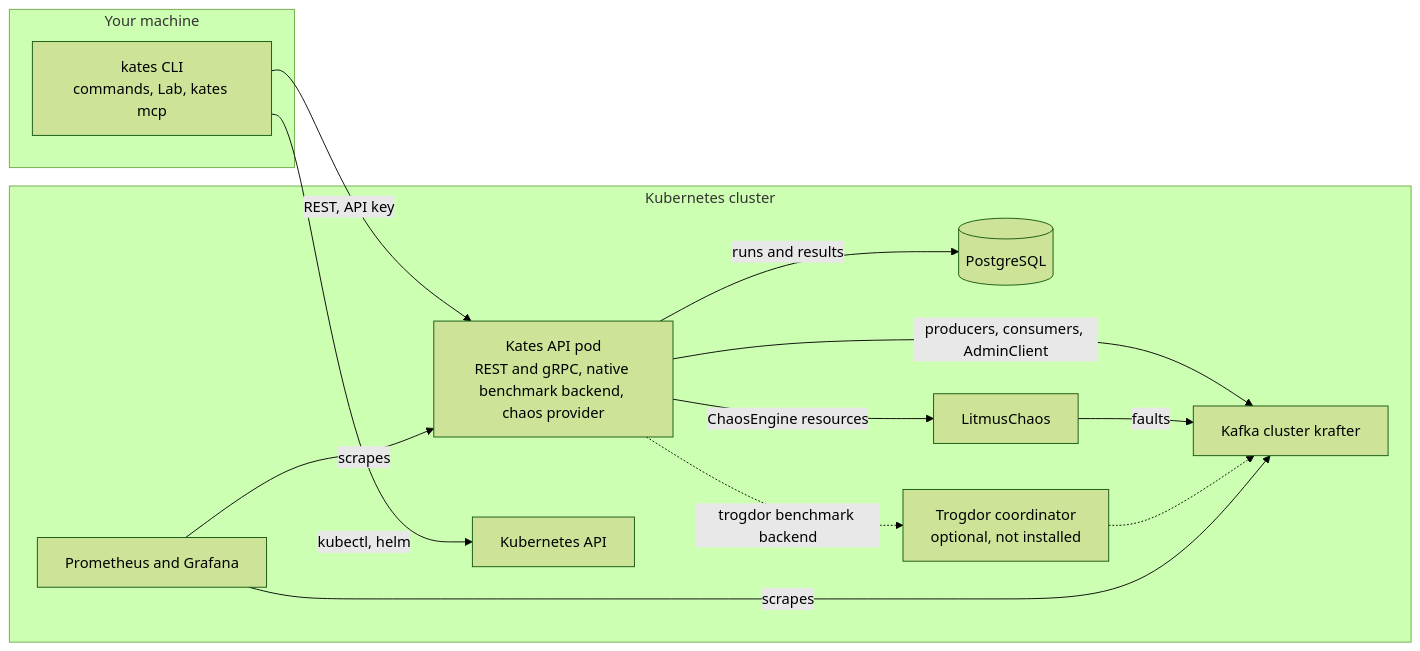
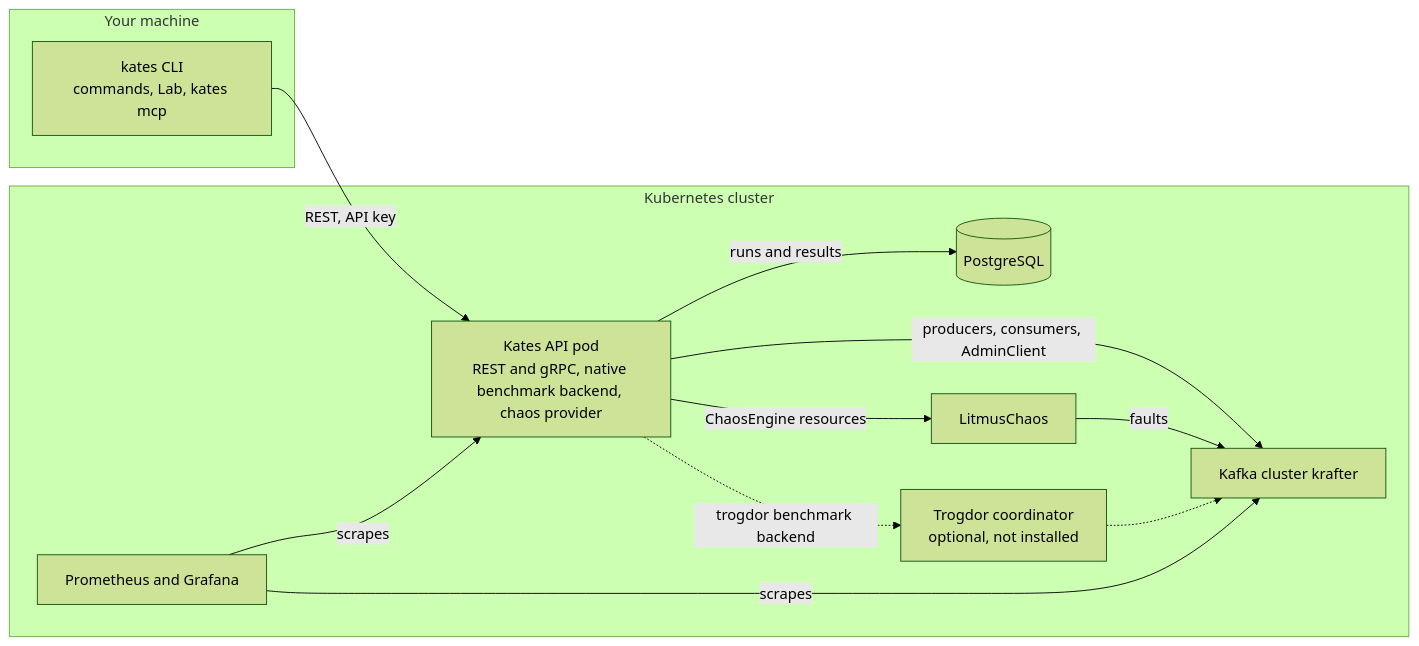
Before and after one commit to bmscomp/kates: the first of 4 diagrams in docs/book/02-architecture.md, drawn with Mermaid (forest theme). The commit also changed other lines of this file and 52 other files, not shown here.

````diff
--- a/docs/book/02-architecture.md
+++ b/docs/book/02-architecture.md
@@ -16,28 +16,26 @@
 ```mermaid
 %%| label: fig-architecture-parts
 %%| fig-cap: "The CLI on your machine drives the Kates API in the cluster, which generates load on Kafka, keeps runs in PostgreSQL and asks LitmusChaos for faults."
-%%| fig-alt: "Flowchart in two groups. On your machine, the kates CLI calls the Kates API over REST with an API key, and calls the Kubernetes API through kubectl and helm. In the cluster, the Kates API stores runs in PostgreSQL, produces to and consumes from the Kafka cluster krafter, and creates ChaosEngine resources that LitmusChaos turns into faults on Kafka. A dashed path runs from the Kates API through an optional Trogdor coordinator to Kafka. Prometheus scrapes the Kates API and Kafka."
+%%| fig-alt: "Flowchart in two groups. On your machine, the kates CLI calls the Kates API over REST with an API key. In the cluster, the Kates API stores runs in PostgreSQL, produces to and consumes from the Kafka cluster krafter, and creates ChaosEngine resources that LitmusChaos turns into faults on Kafka. A dashed path runs from the Kates API through an optional Trogdor coordinator to Kafka. Prometheus scrapes the Kates API and Kafka."
 flowchart LR
     subgraph Machine["Your machine"]
         CLI["kates CLI<br/>commands, Lab, kates mcp"]
     end
     subgraph Cluster["Kubernetes cluster"]
         API["Kates API pod<br/>REST and gRPC, native benchmark backend, chaos provider"]
         PG[("PostgreSQL")]
         KAFKA["Kafka cluster krafter"]
         LIT["LitmusChaos"]
         TROG["Trogdor coordinator<br/>optional, not installed"]
         PROM["Prometheus and Grafana"]
-        K8S["Kubernetes API"]
     end
     CLI -->|"REST, API key"| API
-    CLI -->|"kubectl, helm"| K8S
     API -->|"runs and results"| PG
     API -->|"producers, consumers, AdminClient"| KAFKA
     API -->|"ChaosEngine resources"| LIT
     LIT -->|"faults"| KAFKA
     API -.->|"trogdor benchmark backend"| TROG
     TROG -.-> KAFKA
     PROM -->|"scrapes"| API
     PROM -->|"scrapes"| KAFKA
 ```
````
